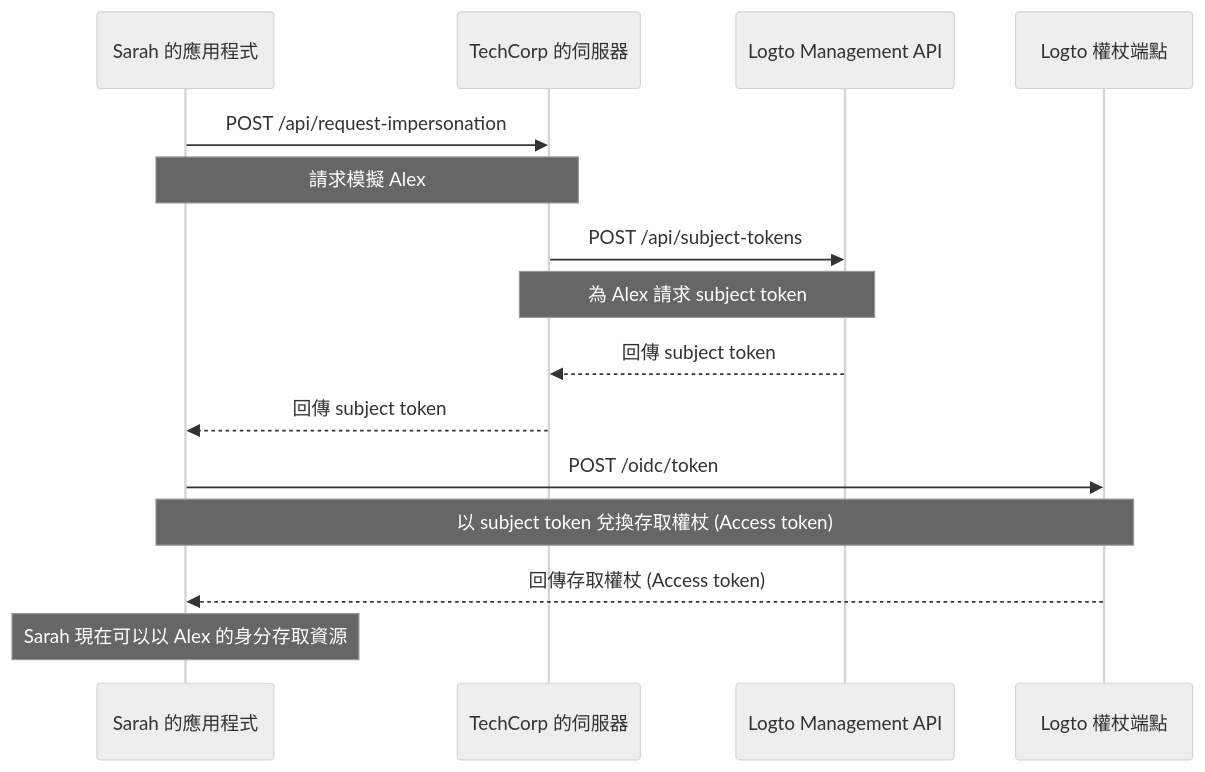
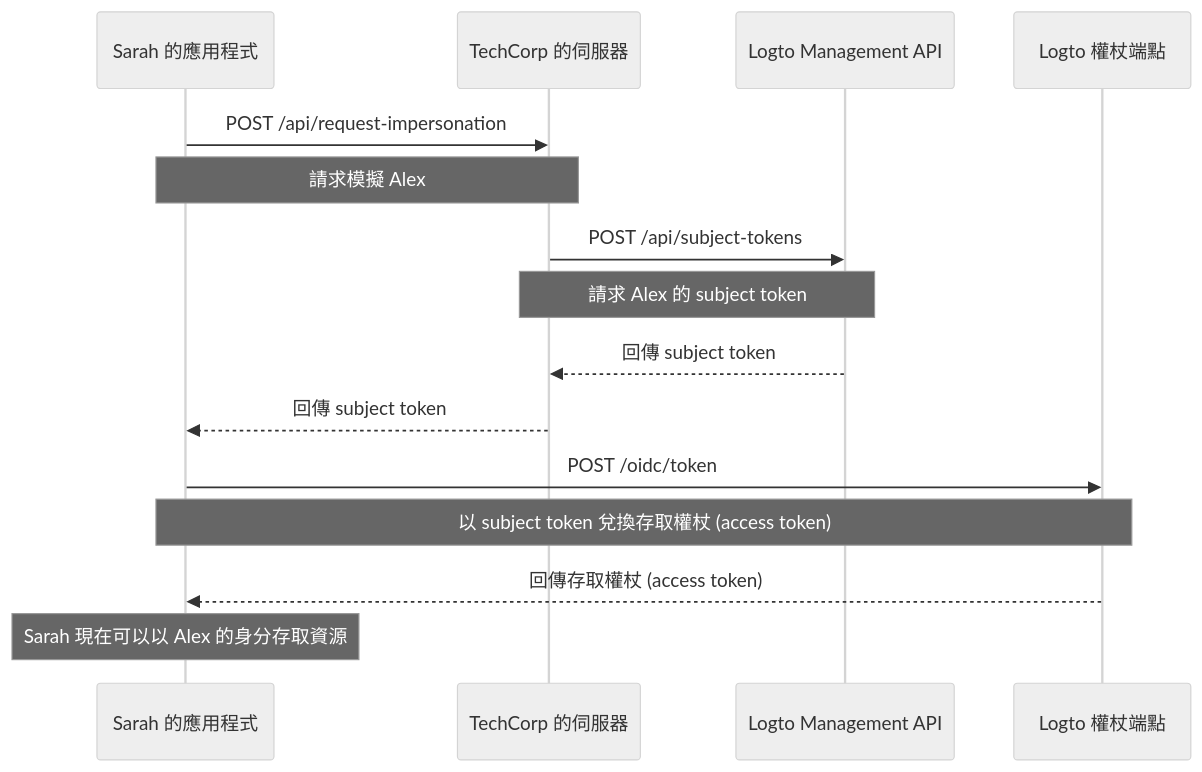
Before and after one commit to logto-io/docs: the diagram in i18n/zh-TW/docusaurus-plugin-content-docs/current/developers/user-impersonation.mdx, drawn with Mermaid (neutral theme). The commit also changed other lines of this file and 53 other files, not shown here.

````diff
--- a/i18n/zh-TW/docusaurus-plugin-content-docs/current/developers/user-impersonation.mdx
+++ b/i18n/zh-TW/docusaurus-plugin-content-docs/current/developers/user-impersonation.mdx
@@ -16,22 +18,22 @@
 ```mermaid
 sequenceDiagram
     participant Sarah as Sarah 的應用程式
     participant TechCorp as TechCorp 的伺服器
     participant Logto as Logto Management API
     participant LogtoToken as Logto 權杖端點
 
     Sarah->>TechCorp: POST /api/request-impersonation
     Note over Sarah,TechCorp: 請求模擬 Alex
 
     TechCorp->>Logto: POST /api/subject-tokens
-    Note over TechCorp,Logto: 為 Alex 請求 subject token
+    Note over TechCorp,Logto: 請求 Alex 的 subject token
 
     Logto-->>TechCorp: 回傳 subject token
     TechCorp-->>Sarah: 回傳 subject token
 
     Sarah->>LogtoToken: POST /oidc/token
-    Note over Sarah,LogtoToken: 以 subject token 兌換存取權杖 (Access token)
+    Note over Sarah,LogtoToken: 以 subject token 兌換存取權杖 (access token)
 
-    LogtoToken-->>Sarah: 回傳存取權杖 (Access token)
+    LogtoToken-->>Sarah: 回傳存取權杖 (access token)
     Note over Sarah: Sarah 現在可以以 Alex 的身分存取資源
 ```
````
